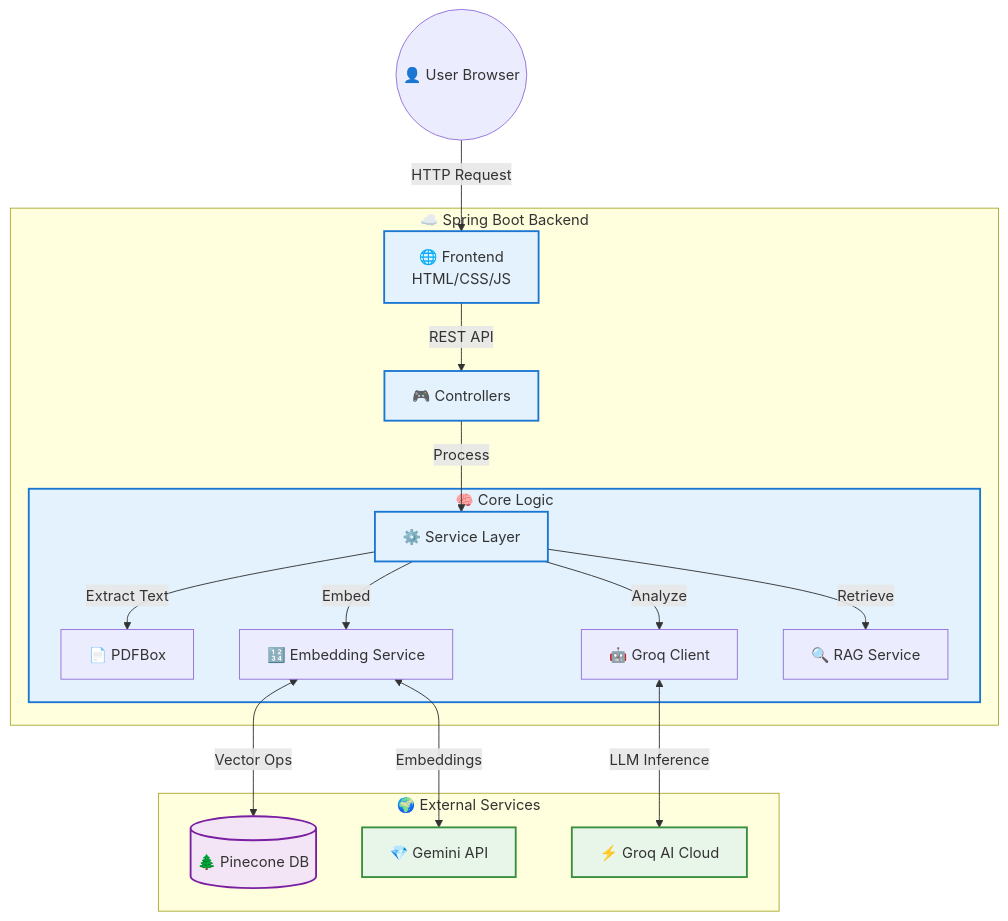
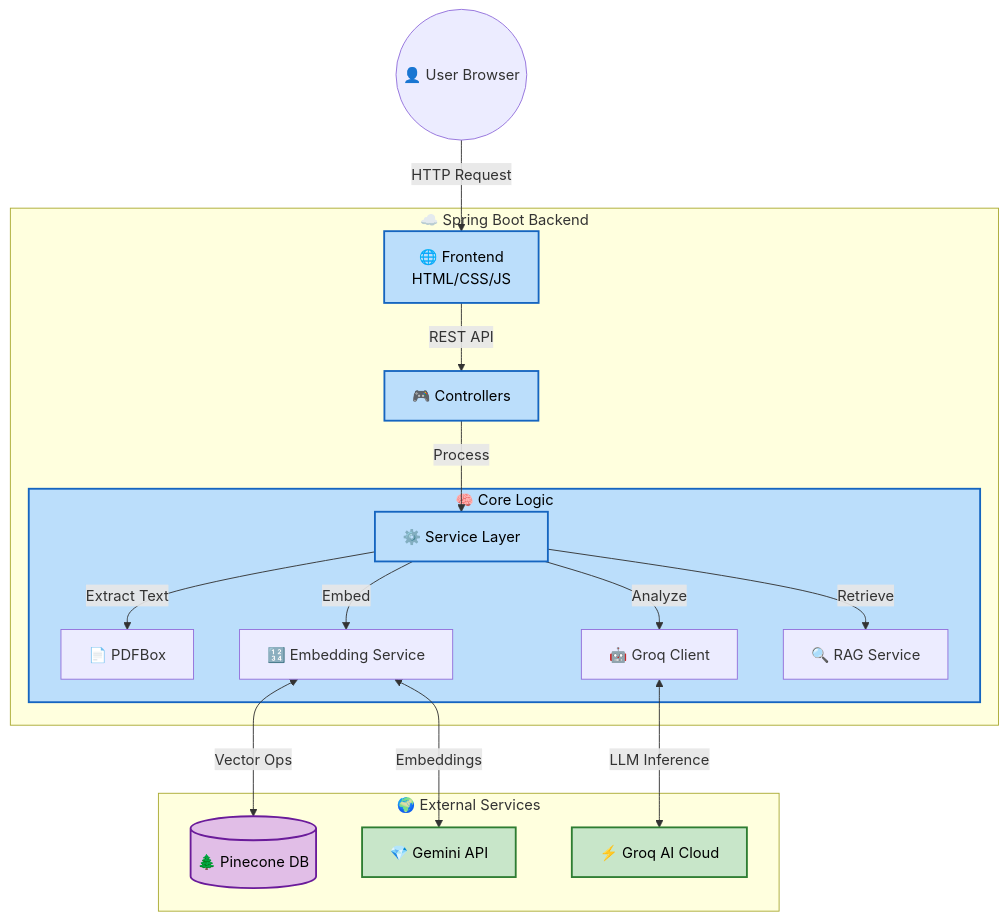
The third of 3 diagrams in README.md (MADHAN21105/Career-Campass), drawn with Mermaid before and after one commit. The commit also changed other lines of this file, not shown here.

Commit message:
Fix: Improve Mermaid diagram text visibility with better colors

````diff
--- a/README.md
+++ b/README.md
@@ -170,30 +180,30 @@
 ```mermaid
 graph TB
     Client((👤 User Browser)) -->|HTTP Request| FE[🌐 Frontend<br/>HTML/CSS/JS]
     
     subgraph Backend["☁️ Spring Boot Backend"]
         FE -->|REST API| CTL[🎮 Controllers]
         CTL -->|Process| SVC[⚙️ Service Layer]
         
         subgraph Core["🧠 Core Logic"]
             SVC -->|Extract Text| PDF[📄 PDFBox]
             SVC -->|Embed| EMB[🔢 Embedding Service]
             SVC -->|Analyze| AI[🤖 Groq Client]
             SVC -->|Retrieve| RAG[🔍 RAG Service]
         end
     end
     
     subgraph External["🌍 External Services"]
         EMB <-->|Vector Ops| PINE[(🌲 Pinecone DB)]
         AI <-->|LLM Inference| GROQ[⚡ Groq AI Cloud]
         EMB <-->|Embeddings| GEM[💎 Gemini API]
     end
 
-    classDef primary fill:#e3f2fd,stroke:#1976d2,stroke-width:2px;
-    classDef database fill:#f3e5f5,stroke:#7b1fa2,stroke-width:2px;
-    classDef cloud fill:#e8f5e9,stroke:#388e3c,stroke-width:2px;
+    classDef primary fill:#bbdefb,stroke:#1565c0,stroke-width:2px,color:#000;
+    classDef database fill:#e1bee7,stroke:#6a1b9a,stroke-width:2px,color:#000;
+    classDef cloud fill:#c8e6c9,stroke:#2e7d32,stroke-width:2px,color:#000;
     
     class FE,CTL,SVC,Core primary;
     class PINE database;
     class GROQ,GEM cloud;
 ```
````
